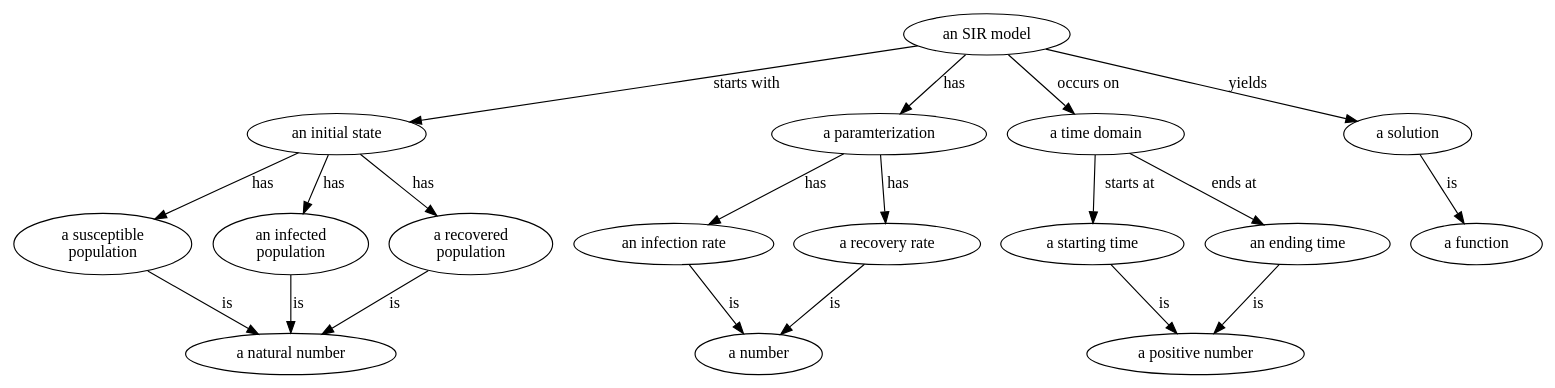
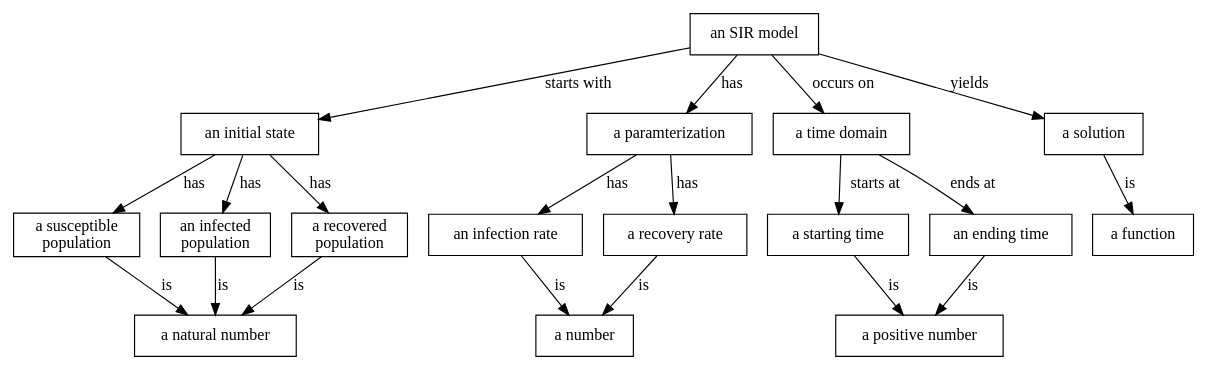
Before and after one commit to jpfairbanks/SemanticModels.jl: the diagram in doc/src/img/olog_sir.dot, drawn with Graphviz. The commit also changed 2 other files, not shown here.

```diff
--- a/doc/src/img/olog_sir.dot
+++ b/doc/src/img/olog_sir.dot
@@ -1,38 +1,39 @@
 digraph G {
   // layout="circo"
+  node[shape="box"]
   i [label="an initial state", position="1,0"]
   m [label="an SIR model", position="2,0"]
   p [label="a paramterization"]
   t [label="a time domain"]
   c [label="a solution"]
   S [label="a susceptible\npopulation"]
   I [label="an infected\npopulation"]
   R [label="a recovered\npopulation"]
   beta [label="an infection rate"]
   gamma [label="a recovery rate"]
   t1 [label="a starting time"]
   t2 [label="an ending time"]
   n [label="a natural number"]
   rp [label="a positive number"]
   r [label="a number"]
   m->c [label="yields"]
   m->t [label="occurs on"]
   m->p [label="has"]
   m->i [label="starts with"]
   i->S [label="has"]
   i->I [label="has"]
   i->R [label="has"]
   S->n [label="is"]
   I->n [label="is"]
   R->n [label="is"]
   t->t1[label="starts at"]
   t->t2[label="ends at"]
   t1->rp[label="is"]
   t2->rp[label="is"]
   p -> beta[label="has"]
   p -> gamma[label="has"]
   beta -> r[label="is"]
   gamma -> r[label="is"]
   c -> sol [label="is"]
   sol[label="a function"]
 }
```
